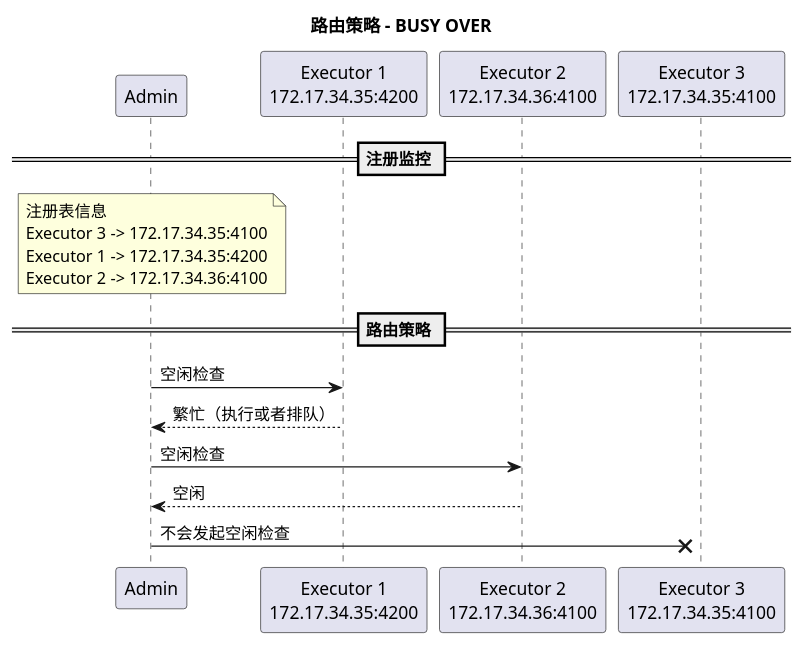
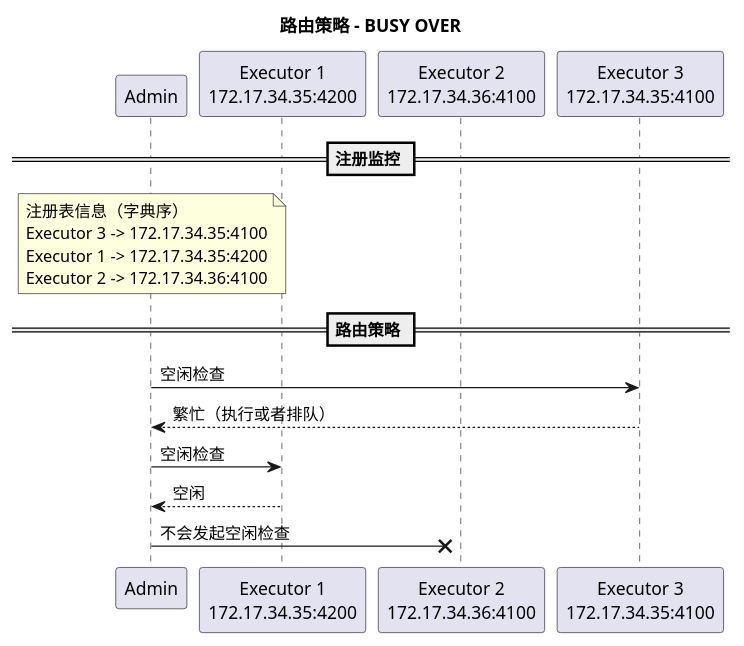
Before and after one commit to Sean-K-Wu/xxl-job: the diagram in doc/uml/sequence/admin/route-busy-over.puml, drawn with PlantUML. The commit also changed 13 other files, not shown here.

```diff
--- a/doc/uml/sequence/admin/route-busy-over.puml
+++ b/doc/uml/sequence/admin/route-busy-over.puml
@@ -1,23 +1,23 @@
 @startuml
 title 路由策略 - BUSY OVER
 
 participant a as "Admin" order 10
 participant e1 as "Executor 1\n172.17.34.35:4200" order 20
 participant e2 as "Executor 2\n172.17.34.36:4100" order 30
 participant e3 as "Executor 3\n172.17.34.35:4100" order 40
 
 == 注册监控 ==
 note over a
-    注册表信息
+    注册表信息（字典序）
     Executor 3 -> 172.17.34.35:4100
     Executor 1 -> 172.17.34.35:4200
     Executor 2 -> 172.17.34.36:4100
 end note
 
 == 路由策略 ==
+a -> e3 : 空闲检查
+a <-- e3 : 繁忙（执行或者排队）
 a -> e1 : 空闲检查
-a <-- e1 : 繁忙（执行或者排队）
-a -> e2 : 空闲检查
-a <-- e2 : 空闲
-a ->X e3: 不会发起空闲检查
+a <-- e1 : 空闲
+a ->X e2: 不会发起空闲检查
 @enduml
```
